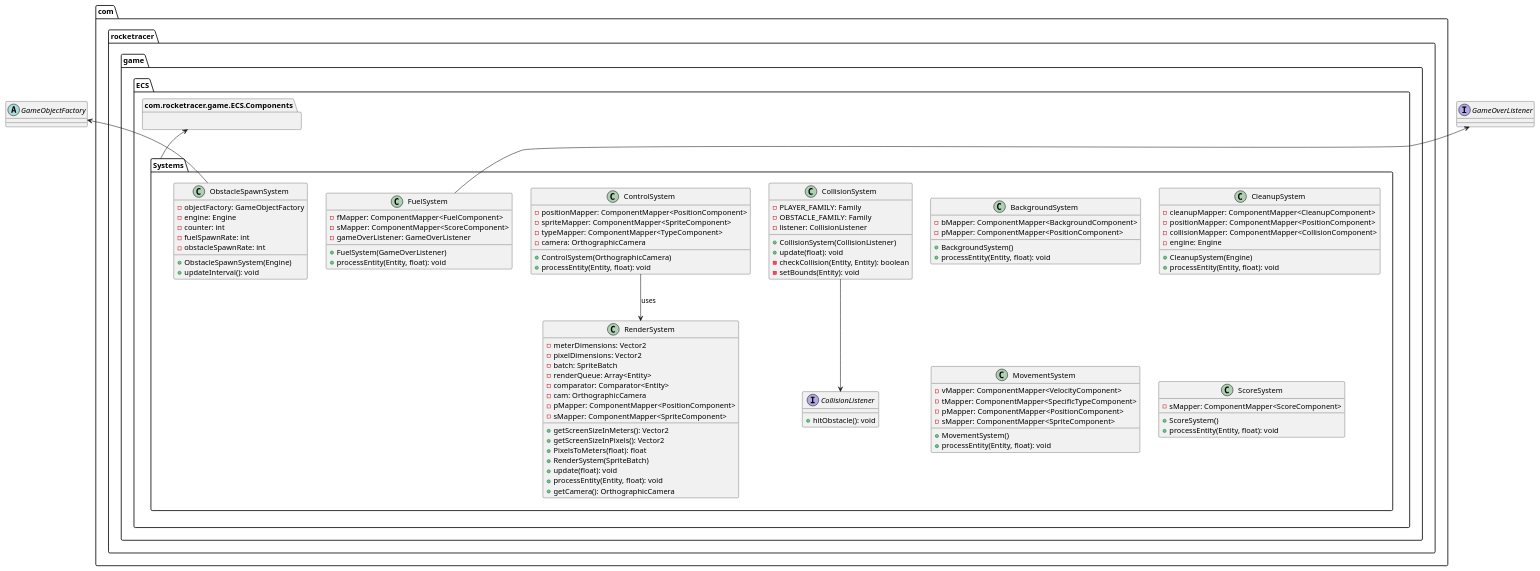
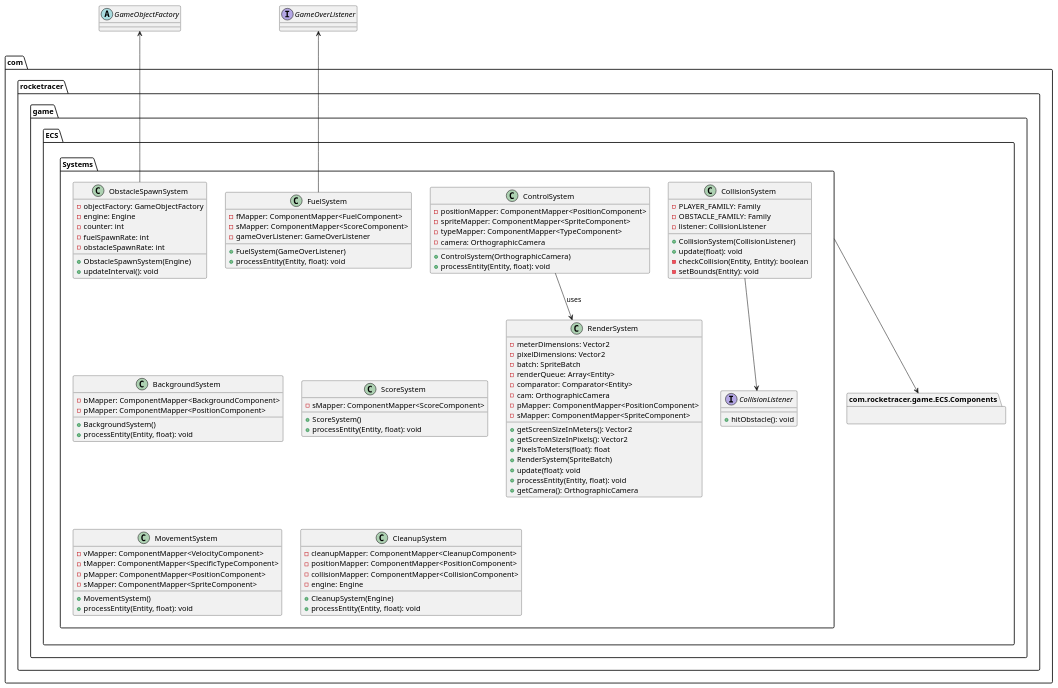
One commit to erik-tt/Rocket-Racer changed the diagram in documentation/com/rocketracer/game/ECS/System/System.plantuml. Above: the diagram before and after it, drawn with PlantUML.

Commit message:
#29 chore: update System.puml design

```diff
--- a/documentation/com/rocketracer/game/ECS/System/System.plantuml
+++ b/documentation/com/rocketracer/game/ECS/System/System.plantuml
@@ -1,104 +1,109 @@
 @startuml
 
 package "com.rocketracer.game.ECS.Systems" {
     class BackgroundSystem {
         -bMapper: ComponentMapper<BackgroundComponent>
         -pMapper: ComponentMapper<PositionComponent>
         +BackgroundSystem()
         +processEntity(Entity, float): void
     }
     
     class CleanupSystem {
         -cleanupMapper: ComponentMapper<CleanupComponent>
         -positionMapper: ComponentMapper<PositionComponent>
         -collisionMapper: ComponentMapper<CollisionComponent>
         -engine: Engine
         +CleanupSystem(Engine)
         +processEntity(Entity, float): void
     }
     
     class CollisionSystem {
         -PLAYER_FAMILY: Family
         -OBSTACLE_FAMILY: Family
         -listener: CollisionListener
         +CollisionSystem(CollisionListener)
         +update(float): void
         -checkCollision(Entity, Entity): boolean
         -setBounds(Entity): void
     }
     
     class ControlSystem {
         -positionMapper: ComponentMapper<PositionComponent>
         -spriteMapper: ComponentMapper<SpriteComponent>
         -typeMapper: ComponentMapper<TypeComponent>
         -camera: OrthographicCamera
         +ControlSystem(OrthographicCamera)
         +processEntity(Entity, float): void
     }
     
     class FuelSystem {
         -fMapper: ComponentMapper<FuelComponent>
         -sMapper: ComponentMapper<ScoreComponent>
         -gameOverListener: GameOverListener
         +FuelSystem(GameOverListener)
         +processEntity(Entity, float): void
     }
     
     class MovementSystem {
         -vMapper: ComponentMapper<VelocityComponent>
         -tMapper: ComponentMapper<SpecificTypeComponent>
         -pMapper: ComponentMapper<PositionComponent>
         -sMapper: ComponentMapper<SpriteComponent>
         +MovementSystem()
         +processEntity(Entity, float): void
     }
 
     class ObstacleSpawnSystem {
         -objectFactory: GameObjectFactory
         -engine: Engine
         -counter: int
         -fuelSpawnRate: int
         -obstacleSpawnRate: int
         +ObstacleSpawnSystem(Engine)
         +updateInterval(): void
     }
 
     class RenderSystem {
         -meterDimensions: Vector2
         -pixelDimensions: Vector2
         -batch: SpriteBatch
         -renderQueue: Array<Entity>
         -comparator: Comparator<Entity>
         -cam: OrthographicCamera
         -pMapper: ComponentMapper<PositionComponent>
         -sMapper: ComponentMapper<SpriteComponent>
         +getScreenSizeInMeters(): Vector2
         +getScreenSizeInPixels(): Vector2
         +PixelsToMeters(float): float
         +RenderSystem(SpriteBatch)
         +update(float): void
         +processEntity(Entity, float): void
         +getCamera(): OrthographicCamera
     }
 
     class ScoreSystem {
         -sMapper: ComponentMapper<ScoreComponent>
         +ScoreSystem()
         +processEntity(Entity, float): void
     }
 
     interface CollisionListener {
         +hitObstacle(): void
     }
 }
 package com.rocketracer.game.ECS.Components {}
 interface GameOverListener {}
 abstract GameObjectFactory {}
 
+BackgroundSystem -[hidden]down-> MovementSystem
+ScoreSystem -[hidden]down-> CleanupSystem
+FuelSystem -[hidden]down-> ScoreSystem
+ObstacleSpawnSystem -[hidden]down-> BackgroundSystem
+
 CollisionSystem -down-> CollisionListener
 ControlSystem -down-> RenderSystem: uses
 FuelSystem -up-> GameOverListener
 ObstacleSpawnSystem -up-> GameObjectFactory
-com.rocketracer.game.ECS.Systems -up-> com.rocketracer.game.ECS.Components
+com.rocketracer.game.ECS.Systems --> com.rocketracer.game.ECS.Components
 
 @enduml
```
